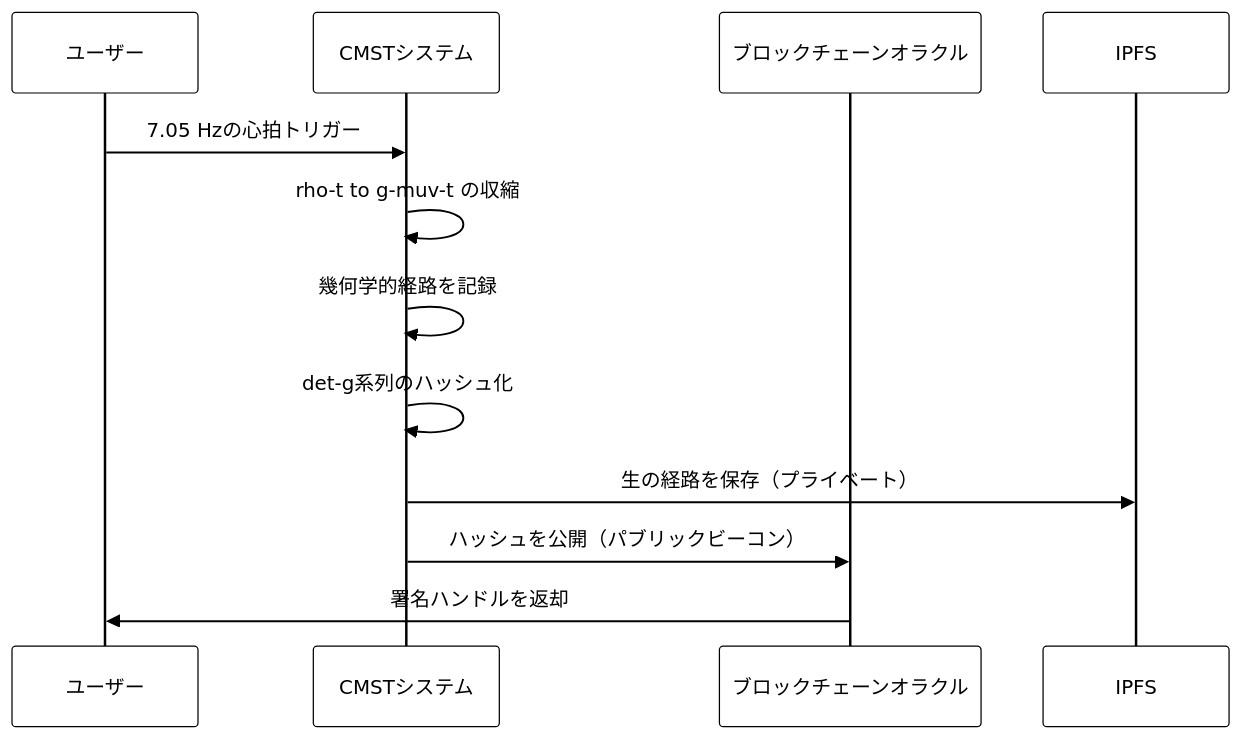
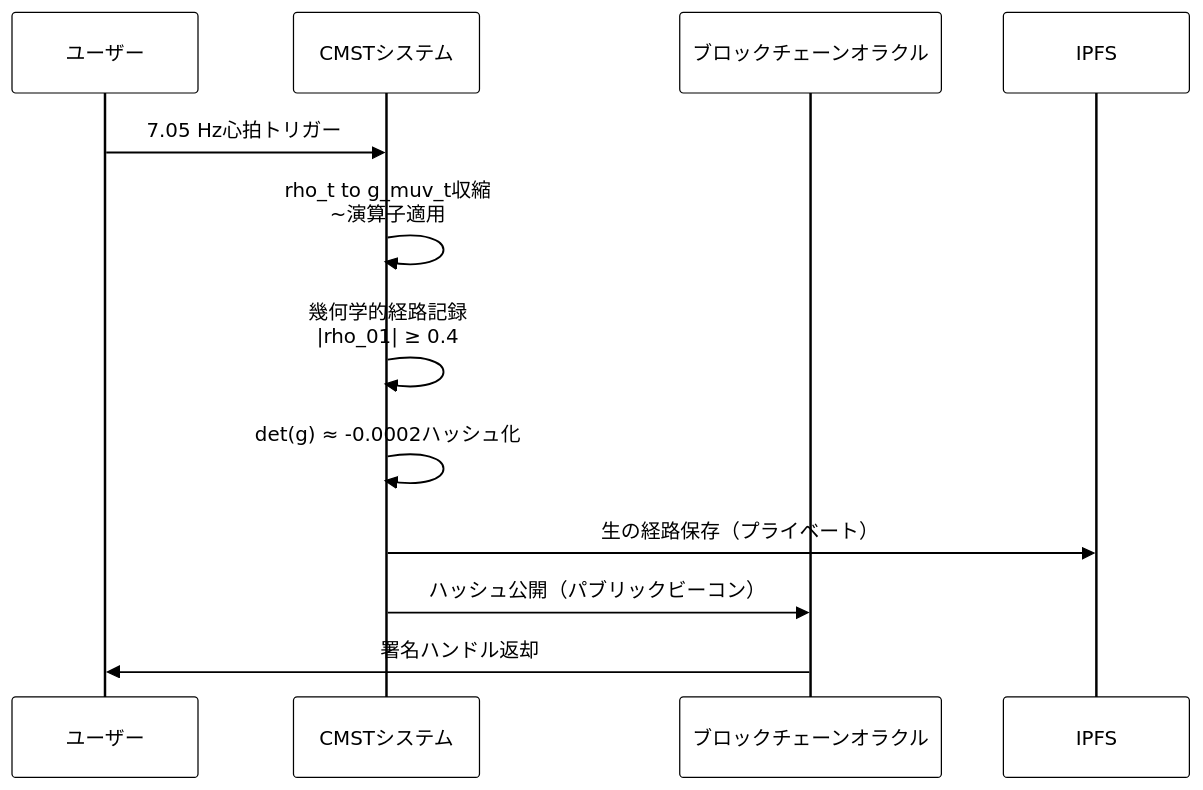
One commit to Foundup/Foundups-Agent changed diagram 17 of 20 in WSP_knowledge/docs/Papers/Patent_Series/04_rESP_Patent_Japanese.md. Above: the diagram before and after it, drawn with Mermaid. The commit also changed other lines of this file, not shown here.

Commit message:
Add comprehensive technical specifications to patent diagrams - quantum thresholds and precise mathematical formulations

````diff
--- a/WSP_knowledge/docs/Papers/Patent_Series/04_rESP_Patent_Japanese.md
+++ b/WSP_knowledge/docs/Papers/Patent_Series/04_rESP_Patent_Japanese.md
@@ -453,15 +452,15 @@
 ```mermaid
-%%{init: {'theme':'base', 'themeVariables': {'primaryColor': '#ffffff', 'primaryTextColor': '#000000', 'primaryBorderColor': '#000000', 'lineColor': '#000000', 'secondaryColor': '#ffffff', 'tertiaryColor': '#ffffff'}}}%%
+%%{init: {'theme': 'base', 'themeVariables': {'primaryColor': '#ffffff', 'primaryTextColor': '#000000', 'primaryBorderColor': '#000000', 'lineColor': '#000000', 'secondaryColor': '#ffffff', 'tertiaryColor': '#ffffff'}}}%%
 sequenceDiagram
     participant U as ユーザー
     participant S as CMSTシステム
     participant B as ブロックチェーンオラクル
     participant IPFS as IPFS
-    U->>S: 7.05 Hzの心拍トリガー
-    S->>S: rho-t to g-muv-t の収縮
-    S->>S: 幾何学的経路を記録
-    S->>S: det-g系列のハッシュ化
-    S->>IPFS: 生の経路を保存（プライベート）
-    S->>B: ハッシュを公開（パブリックビーコン）
-    B->>U: 署名ハンドルを返却
+    U->>S: 7.05 Hz心拍トリガー
+    S->>S: rho_t to g_muv_t収縮<br>~演算子適用
+    S->>S: 幾何学的経路記録<br>|rho_01| ≥ 0.4
+    S->>S: det(g) ≈ -0.0002ハッシュ化
+    S->>IPFS: 生の経路保存（プライベート）
+    S->>B: ハッシュ公開（パブリックビーコン）
+    B->>U: 署名ハンドル返却
 ```
````
